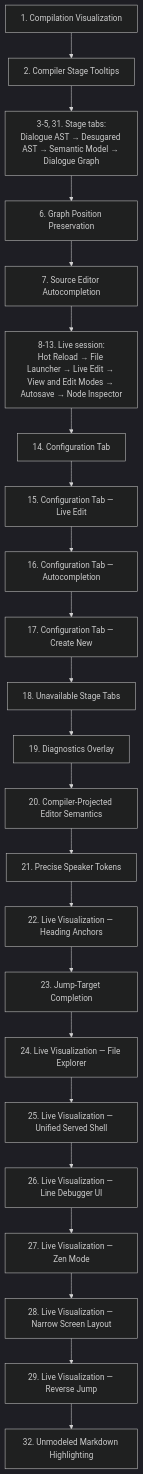
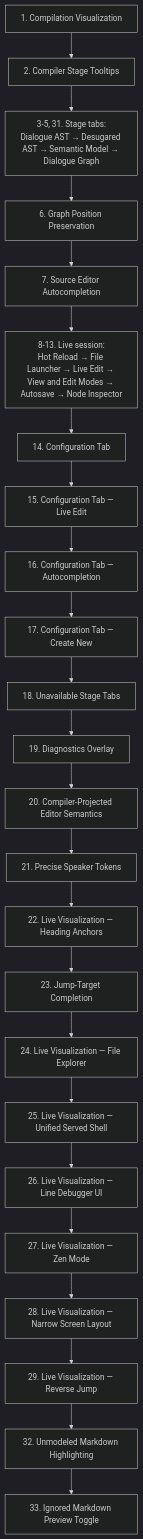
One commit to pengzhengyi/dialoguedown changed the third of 3 diagrams in docs/contributing/design-notes/README.md. Above: the diagram before and after it, drawn with Mermaid (dark theme). The commit also changed other lines of this file and 2 other files, not shown here.

Commit message:
docs(ignored-preview): add toggle implementation note
Design a global Preview-only toggle for compiler-ignored Markdown. A fixed
footer mirrors the Source editor's #END panel, always reports the ignored count,
and globally shows or collapses semantic regions.

Collapsed blocks retain kind and exact source-line count; ignored inline content
becomes an eye chip at its sentence position. One persisted view preference
applies across file switches and hot reloads, while Source remains visible and
editable in either state.

The real inline demo depends on #267 and configures an autolink to Ignore.

````diff
--- a/docs/contributing/design-notes/README.md
+++ b/docs/contributing/design-notes/README.md
@@ -137,25 +137,26 @@
 ```mermaid
 flowchart TB
     CV["1. Compilation Visualization"] --> TT["2. Compiler Stage Tooltips"]
     TT --> TABS["3-5, 31. Stage tabs:<br/>Dialogue AST → Desugared AST → Semantic Model → Dialogue Graph"]
     TABS --> GX["6. Graph Position Preservation"]
     GX --> AC["7. Source Editor Autocompletion"]
     AC --> LIVE["8-13. Live session:<br/>Hot Reload → File Launcher → Live Edit → View and Edit Modes → Autosave → Node Inspector"]
     LIVE --> CFG["14. Configuration Tab"]
     CFG --> CFGLE["15. Configuration Tab — Live Edit"]
     CFGLE --> CFGAC["16. Configuration Tab — Autocompletion"]
     CFGAC --> CFGCN["17. Configuration Tab — Create New"]
     CFGCN --> UST["18. Unavailable Stage Tabs"]
     UST --> DGO["19. Diagnostics Overlay"]
     DGO --> CPE["20. Compiler-Projected Editor Semantics"]
     CPE --> PST["21. Precise Speaker Tokens"]
     PST --> HA["22. Live Visualization — Heading Anchors"]
     HA --> JTC["23. Jump-Target Completion"]
     JTC --> FE["24. Live Visualization — File Explorer"]
     FE --> USS["25. Live Visualization — Unified Served Shell"]
     USS --> LDU["26. Live Visualization — Line Debugger UI"]
     LDU --> ZEN["27. Live Visualization — Zen Mode"]
     ZEN --> NSL["28. Live Visualization — Narrow Screen Layout"]
     NSL --> RJ["29. Live Visualization — Reverse Jump"]
     RJ --> UMH["32. Unmodeled Markdown Highlighting"]
+    UMH --> IMT["33. Ignored Markdown Preview Toggle"]
 ```
````
